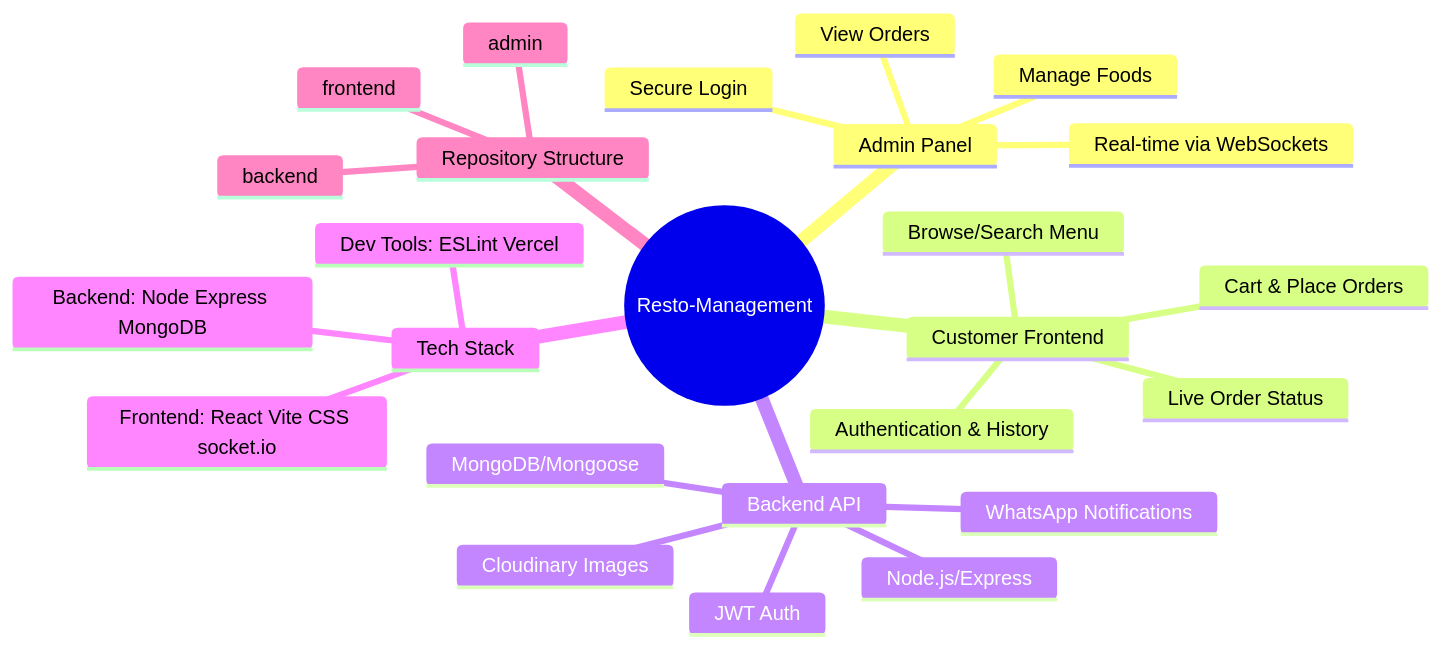
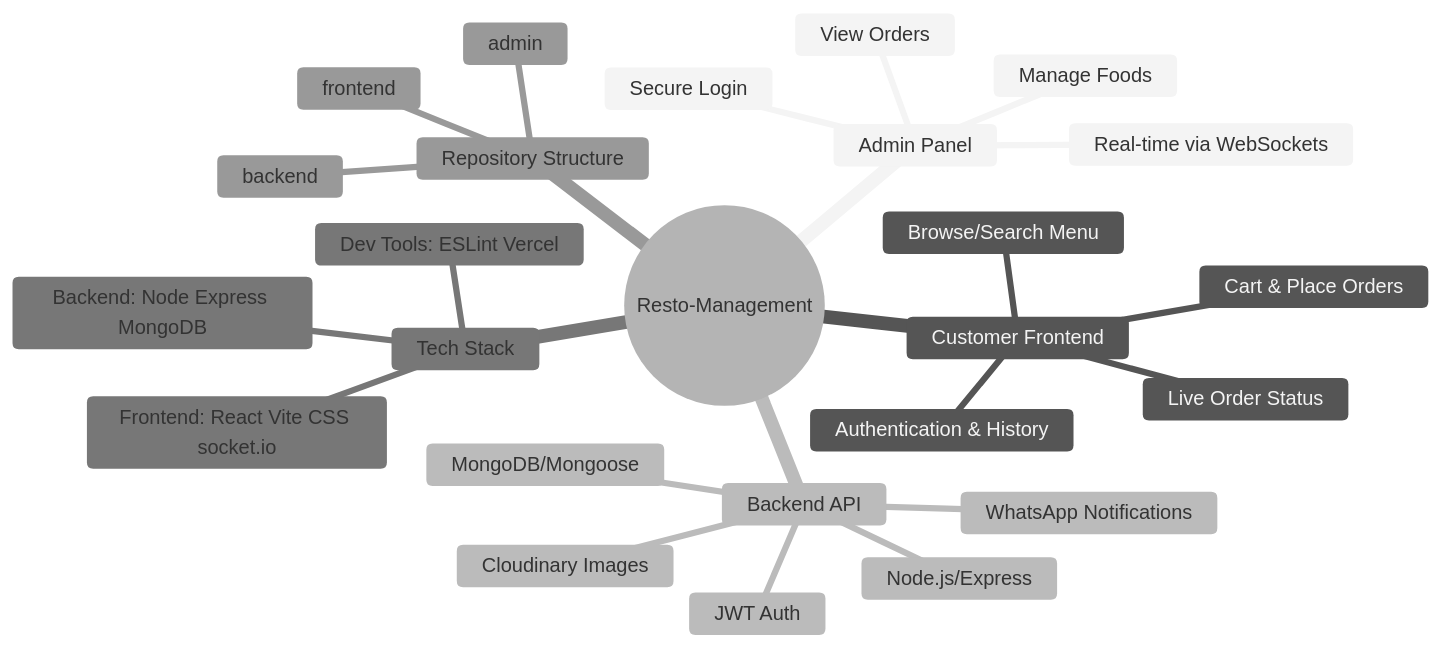
Before and after one commit to sourodip19/Resto-Management: the diagram in README.md, drawn with Mermaid.

Commit message:
update mind map theme in README.md for improved clarity

````diff
--- a/README.md
+++ b/README.md
@@ -14,32 +14,32 @@
 ```mermaid
 ---
 config:
-  theme: mc
+  theme: neutral
 ---
 mindmap
   root((Resto-Management))
     Admin Panel
       Secure Login
       Manage Foods
       View Orders
       Real-time via WebSockets
     Customer Frontend
       Browse/Search Menu
       Cart & Place Orders
       Live Order Status
       Authentication & History
     Backend API
       Node.js/Express
       MongoDB/Mongoose
       JWT Auth
       Cloudinary Images
       WhatsApp Notifications
     Tech Stack
       Frontend: React Vite CSS socket.io
       Backend: Node Express MongoDB
       Dev Tools: ESLint Vercel
     Repository Structure
       admin
       frontend
       backend
 ```
````
